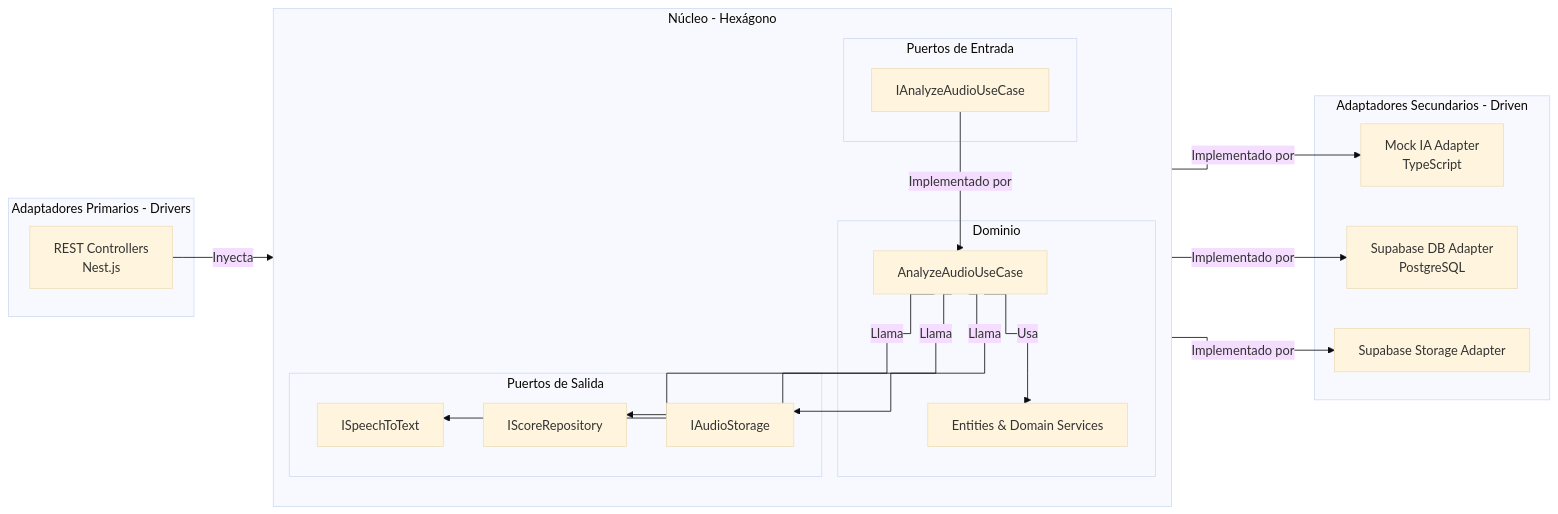
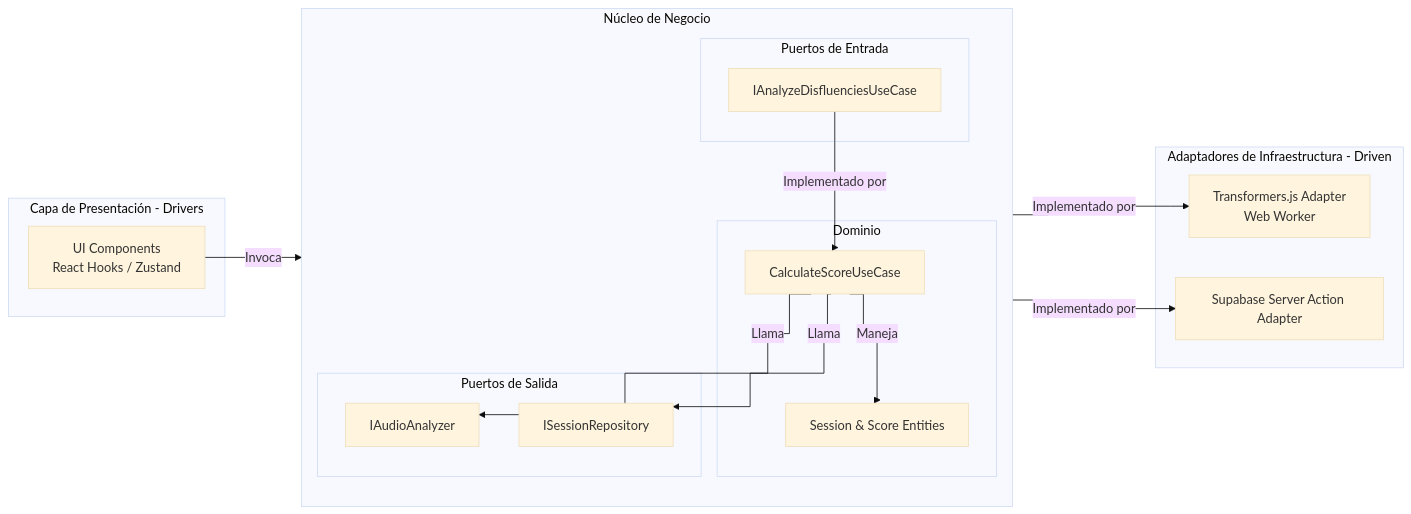
The diagram in docs/docs/arquitectura/componentes.md (VGMil-dev/cicero), drawn with Mermaid (base theme) before and after one commit. The commit also changed other lines of this file and 5 other files, not shown here.

First line of the commit message:
docs: pivotar arquitectura a PWA con Transformers.js y Supabase BaaS

````diff
--- a/docs/docs/arquitectura/componentes.md
+++ b/docs/docs/arquitectura/componentes.md
@@ -5,43 +5,39 @@
 ```mermaid
 %%{init: {'flowchart': {'curve': 'step'}}}%%
 flowchart LR
-    subgraph Drivers [Adaptadores Primarios - Drivers]
-        RestCtrl[REST Controllers<br/>Nest.js]
+    subgraph Presentation [Capa de Presentación - Drivers]
+        UIComponents[UI Components<br/>React Hooks / Zustand]
     end
 
-    subgraph Core [Núcleo - Hexágono]
+    subgraph Core [Núcleo de Negocio]
         direction TB
         subgraph Ports_In [Puertos de Entrada]
-            AudioPort_In[IAnalyzeAudioUseCase]
+            RecordPort_In[IAnalyzeDisfluenciesUseCase]
         end
         subgraph Domain [Dominio]
-            UseCase[AnalyzeAudioUseCase]
-            Entities[Entities & Domain Services]
+            UseCase[CalculateScoreUseCase]
+            Entities[Session & Score Entities]
         end
         subgraph Ports_Out [Puertos de Salida]
-            IA_Port[ISpeechToText]
-            Repo_Port[IScoreRepository]
-            Store_Port[IAudioStorage]
+            Audio_Port[IAudioAnalyzer]
+            Repo_Port[ISessionRepository]
         end
     end
 
-    subgraph Driven [Adaptadores Secundarios - Driven]
-        MockIA[Mock IA Adapter<br/>TypeScript]
-        SupabaseDB[Supabase DB Adapter<br/>PostgreSQL]
-        SupabaseStorage[Supabase Storage Adapter]
+    subgraph Infrastructure [Adaptadores de Infraestructura - Driven]
+        TransformersAdapter[Transformers.js Adapter<br/>Web Worker]
+        SupabaseAdapter[Supabase Server Action Adapter]
     end
 
-    %% Relaciones Drivers -> Core
-    RestCtrl -->|Inyecta| AudioPort_In
-    AudioPort_In -->|Implementado por| UseCase
-    UseCase -->|Usa| Entities
+    %% Relaciones UI -> Core
+    UIComponents -->|Invoca| RecordPort_In
+    RecordPort_In -->|Implementado por| UseCase
+    UseCase -->|Maneja| Entities
 
-    %% Relaciones Core -> Driven
-    UseCase -->|Llama| IA_Port
+    %% Relaciones Core -> Infraestructura
+    UseCase -->|Llama| Audio_Port
     UseCase -->|Llama| Repo_Port
-    UseCase -->|Llama| Store_Port
 
-    IA_Port -->|Implementado por| MockIA
-    Repo_Port -->|Implementado por| SupabaseDB
-    Store_Port -->|Implementado por| SupabaseStorage
+    Audio_Port -->|Implementado por| TransformersAdapter
+    Repo_Port -->|Implementado por| SupabaseAdapter
 ```
````
